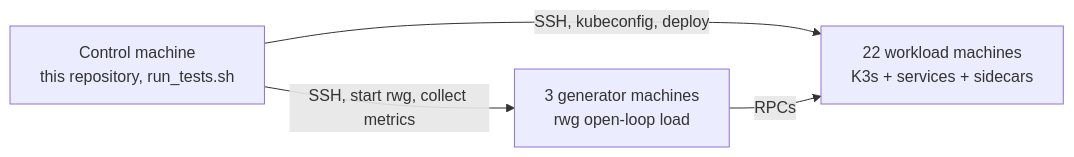
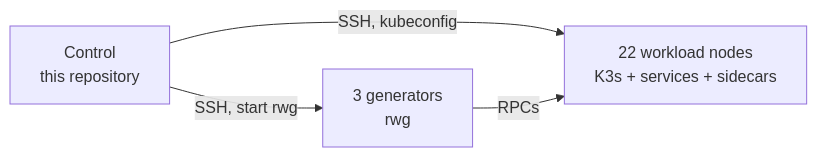
One commit to roshanfer-project/roshanfer-experiments changed the second of 2 diagrams in README.md. Above: the diagram before and after it, drawn with Mermaid. The commit also changed other lines of this file, not shown here.

Commit message:
Split README into two-machine tutorial and paper reproduction

````diff
--- a/README.md
+++ b/README.md
@@ -41,9 +239,9 @@
 ```mermaid
 flowchart LR
-  C["Control machine<br/>this repository, run_tests.sh"]
-  G["3 generator machines<br/>rwg open-loop load"]
-  W["22 workload machines<br/>K3s + services + sidecars"]
-  C -->|SSH, kubeconfig, deploy| W
-  C -->|SSH, start rwg, collect metrics| G
+  C["Control<br/>this repository"]
+  G["3 generators<br/>rwg"]
+  W["22 workload nodes<br/>K3s + services + sidecars"]
+  C -->|SSH, kubeconfig| W
+  C -->|SSH, start rwg| G
   G -->|RPCs| W
 ```
````
